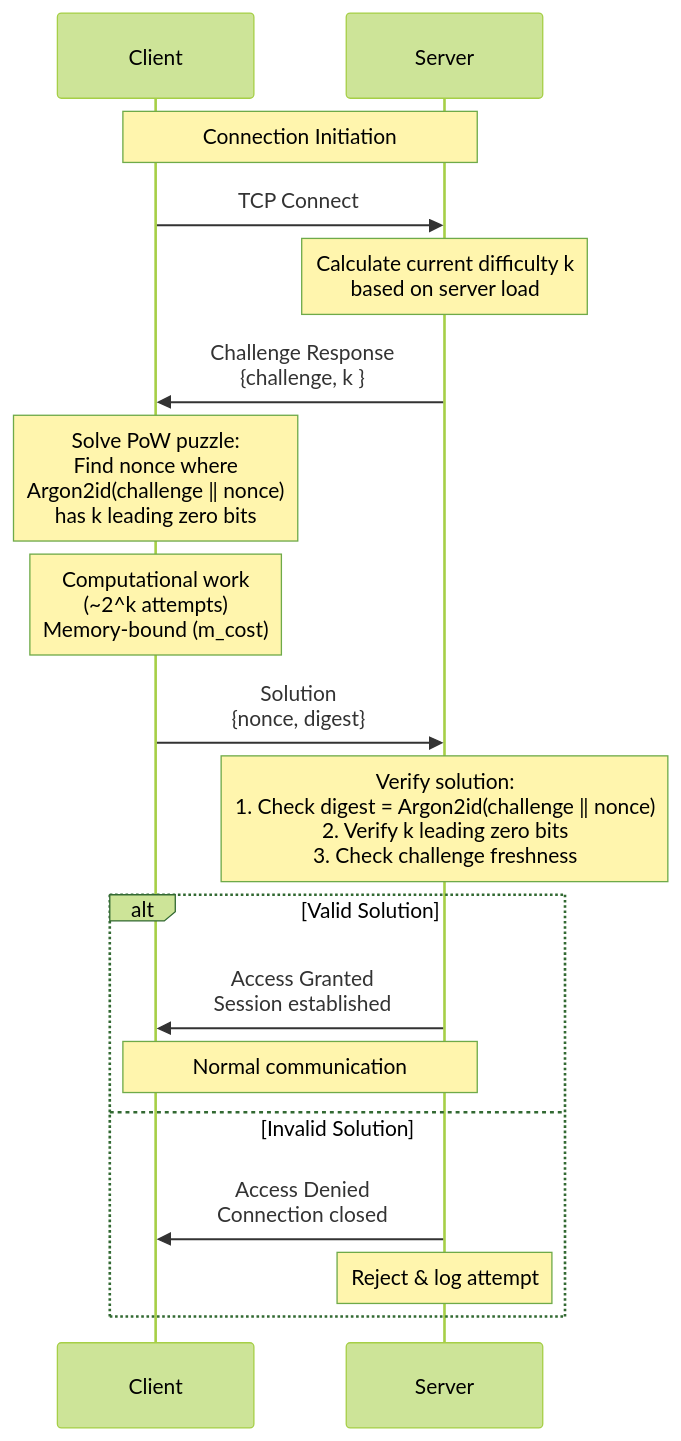
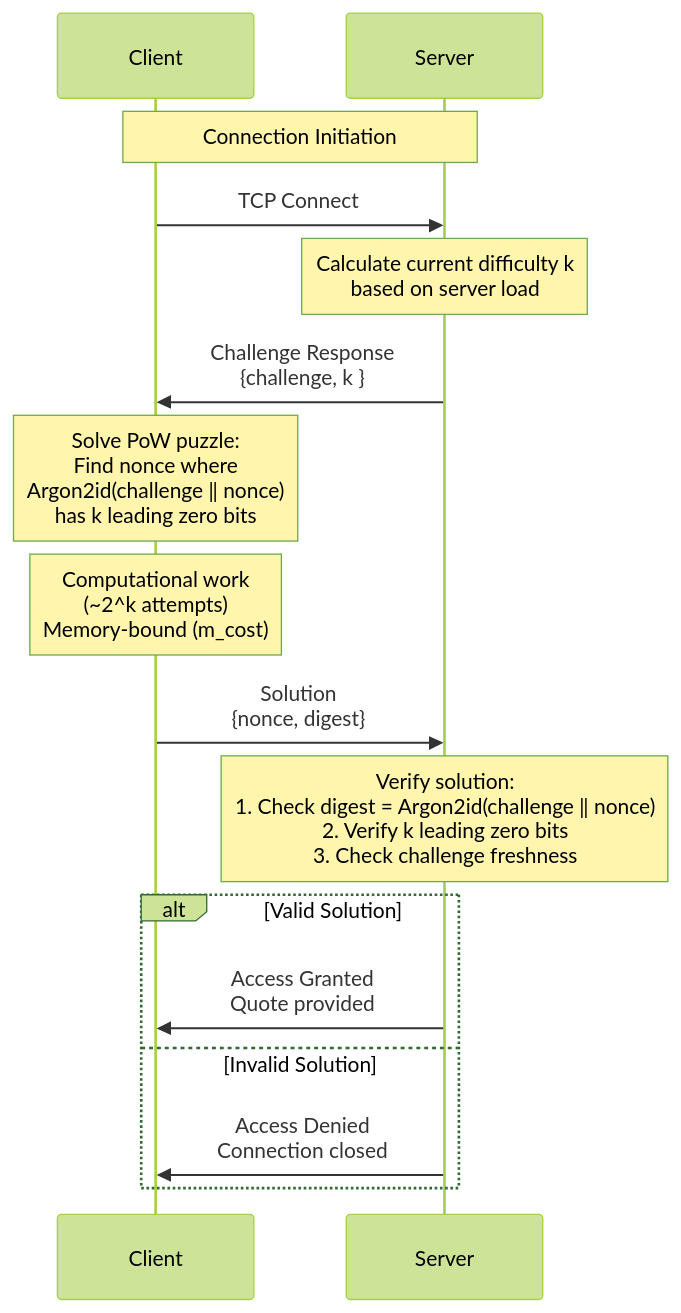
The diagram in docs/RFC.md (svalasovich/pow-tcp-server), drawn with Mermaid (forest theme) before and after one commit.

Commit message:
feat: add sequence diagram

````diff
--- a/docs/RFC.md
+++ b/docs/RFC.md
@@ -11,28 +11,26 @@
 ```mermaid
 sequenceDiagram
     participant Client
     participant Server
 
     Note over Client,Server: Connection Initiation
     Client->>Server: TCP Connect
 
     Note over Server: Calculate current difficulty k<br/>based on server load
 
     Server->>Client: Challenge Response<br/>{challenge, k }
 
     Note over Client: Solve PoW puzzle:<br/>Find nonce where<br/>Argon2id(challenge ‖ nonce)<br/>has k leading zero bits
 
     Note over Client: Computational work<br/>(~2^k attempts)<br/>Memory-bound (m_cost)
 
     Client->>Server: Solution<br/>{nonce, digest}
 
     Note over Server: Verify solution:<br/>1. Check digest = Argon2id(challenge ‖ nonce)<br/>2. Verify k leading zero bits<br/>3. Check challenge freshness
 
     alt Valid Solution
-        Server->>Client: Access Granted<br/>Session established
-        Note over Client,Server: Normal communication
+        Server->>Client: Access Granted<br/>Quote provided
     else Invalid Solution
         Server->>Client: Access Denied<br/>Connection closed
-        Note over Server: Reject & log attempt
     end
 ```
````
